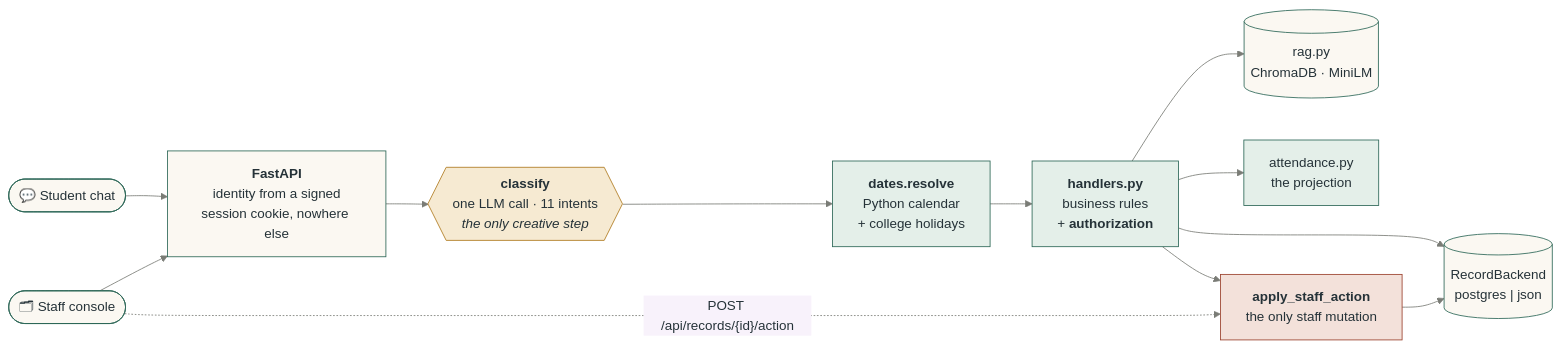
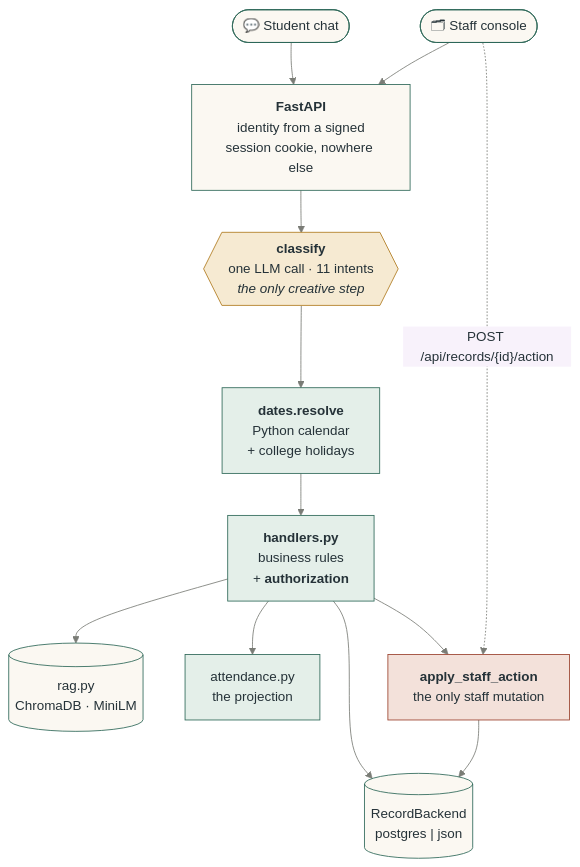
One commit to elightknight23/compass changed the first of 2 diagrams in README.md. Above: the diagram before and after it, drawn with Mermaid. The commit also changed other lines of this file, not shown here.

````diff
--- a/README.md
+++ b/README.md
@@ -113,18 +113,18 @@
 ```mermaid
 %%{init: {'theme':'base','themeVariables':{'fontFamily':'ui-sans-serif, system-ui','primaryColor':'#fbf8f2','primaryBorderColor':'#2d6757','primaryTextColor':'#253238','lineColor':'#7a7c76'}}}%%
-flowchart LR
+flowchart TD
     U1(["💬 Student chat"]) --> API
     U2(["🗂 Staff console"]) --> API
     API["<b>FastAPI</b><br/>identity from a signed<br/>session cookie, nowhere else"] --> CL
     CL{{"<b>classify</b><br/>one LLM call · 11 intents<br/><i>the only creative step</i>"}}:::model --> DT
     DT["<b>dates.resolve</b><br/>Python calendar<br/>+ college holidays"]:::py --> HD
     HD["<b>handlers.py</b><br/>business rules<br/>+ <b>authorization</b>"]:::py --> RAG[("rag.py<br/>ChromaDB · MiniLM")]
     HD --> ATT["attendance.py<br/>the projection"]:::py
     HD --> DB[("RecordBackend<br/>postgres | json")]
     U2 -. "POST /api/records/{id}/action" .-> LOCK
     HD --> LOCK["<b>apply_staff_action</b><br/>the only staff mutation"]:::lock
     LOCK --> DB
     classDef model fill:#f6ead2,stroke:#b07a1e,color:#253238
     classDef py fill:#e4efe9,stroke:#2d6757,color:#253238
     classDef lock fill:#f3e1da,stroke:#9a412d,color:#253238
 ```
````
